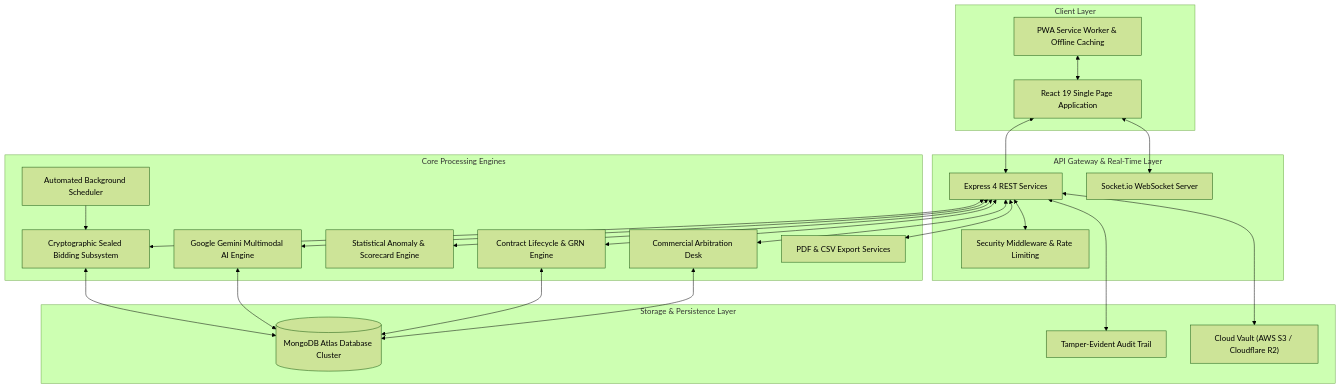
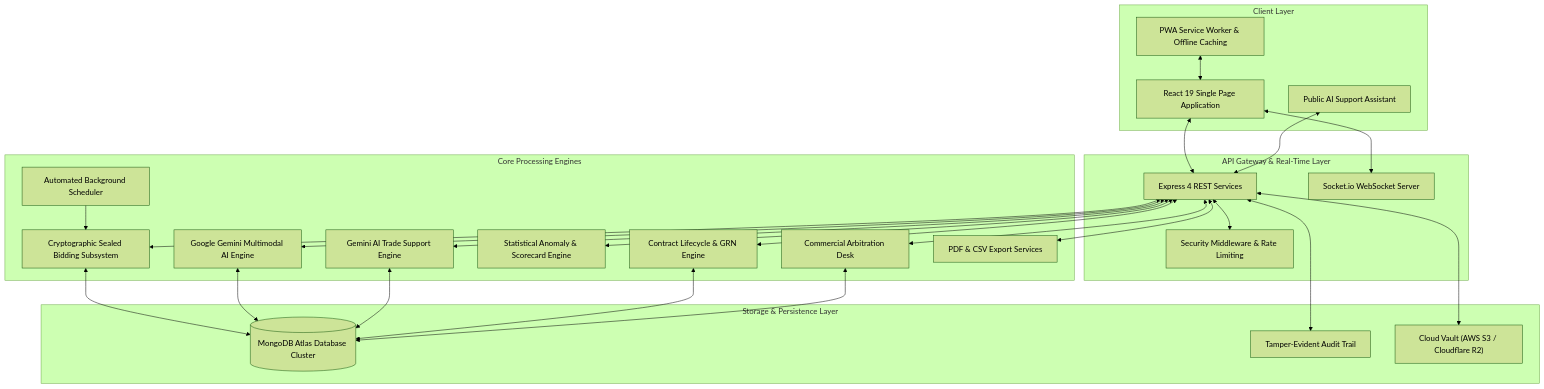
Before and after one commit to monithishanka/BidSync-Overview: the first of 5 diagrams in ARCHITECTURE.md, drawn with Mermaid (forest theme). The commit also changed other lines of this file and 4 other files, not shown here.

Commit message:
docs: sync architecture, features, workflows, and security with chatbot, resend API, and admin rejection desk

````diff
--- a/ARCHITECTURE.md
+++ b/ARCHITECTURE.md
@@ -23,49 +24,54 @@
 ```mermaid
 flowchart TD
     subgraph ClientTier["Client Layer"]
         UI["React 19 Single Page Application"]
         PWA["PWA Service Worker & Offline Caching"]
+        ChatWidget["Public AI Support Assistant"]
     end
 
     subgraph APITier["API Gateway & Real-Time Layer"]
         Express["Express 4 REST Services"]
         SocketServer["Socket.io WebSocket Server"]
         Security["Security Middleware & Rate Limiting"]
     end
 
     subgraph ServiceTier["Core Processing Engines"]
         CryptoEngine["Cryptographic Sealed Bidding Subsystem"]
         GeminiKYC["Google Gemini Multimodal AI Engine"]
+        GeminiChat["Gemini AI Trade Support Engine"]
         AIAnomaly["Statistical Anomaly & Scorecard Engine"]
         ContractEngine["Contract Lifecycle & GRN Engine"]
         DisputeDesk["Commercial Arbitration Desk"]
         ExportEngine["PDF & CSV Export Services"]
         CronScheduler["Automated Background Scheduler"]
     end
 
     subgraph PersistenceTier["Storage & Persistence Layer"]
         Mongo[("MongoDB Atlas Database Cluster")]
         HashLedger["Tamper-Evident Audit Trail"]
         CloudStorage["Cloud Vault (AWS S3 / Cloudflare R2)"]
     end
 
     UI <--> Express
     UI <--> SocketServer
+    ChatWidget <--> Express
     PWA <--> UI
 
     Express <--> Security
     Express <--> CryptoEngine
     Express <--> GeminiKYC
+    Express <--> GeminiChat
     Express <--> AIAnomaly
     Express <--> ContractEngine
     Express <--> DisputeDesk
     Express <--> ExportEngine
     CronScheduler --> CryptoEngine
 
     CryptoEngine <--> Mongo
     GeminiKYC <--> Mongo
+    GeminiChat <--> Mongo
     ContractEngine <--> Mongo
     DisputeDesk <--> Mongo
     Express <--> HashLedger
     Express <--> CloudStorage
 ```
````
